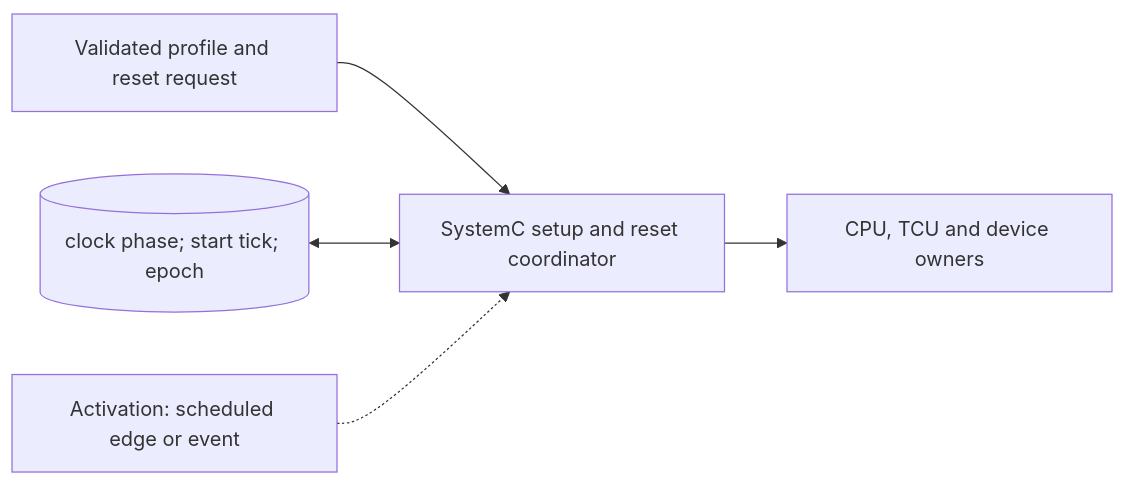
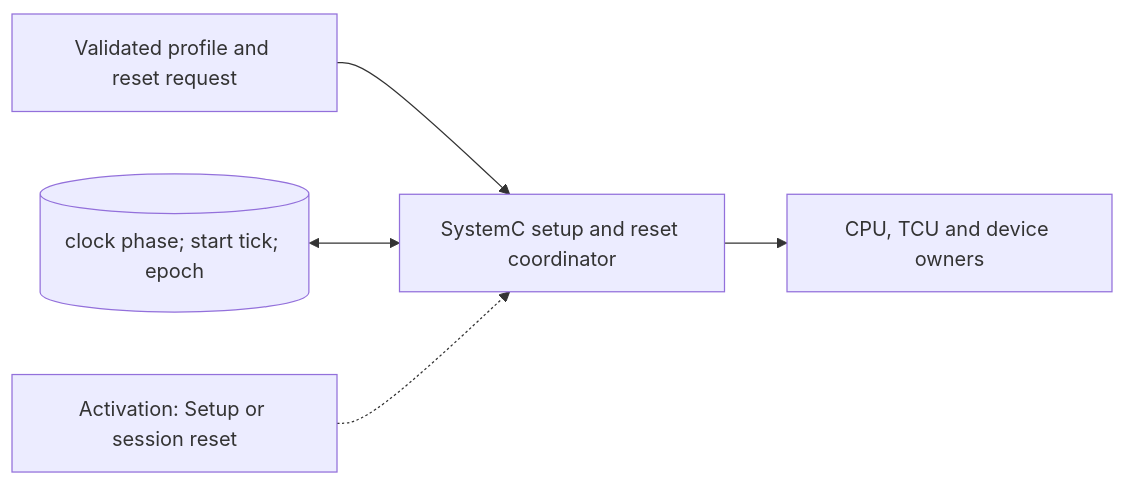
Before and after one commit to qsbit-org/qsbit-sim: the diagram in docs/modules/platform-and-clock-adapter.md, drawn with Mermaid. The commit also changed other lines of this file and 24 other files, not shown here.

````diff
--- a/docs/modules/platform-and-clock-adapter.md
+++ b/docs/modules/platform-and-clock-adapter.md
@@ -17,7 +17,7 @@
 ```mermaid
 flowchart LR
     U["Validated profile and reset request"] --> P["SystemC setup and reset coordinator"]
     S[("clock phase; start tick; epoch")] <--> P
     P --> D["CPU, TCU and device owners"]
-    K["Activation: scheduled edge or event"] -.-> P
+    K["Activation: Setup or session reset"] -.-> P
 ```
````
